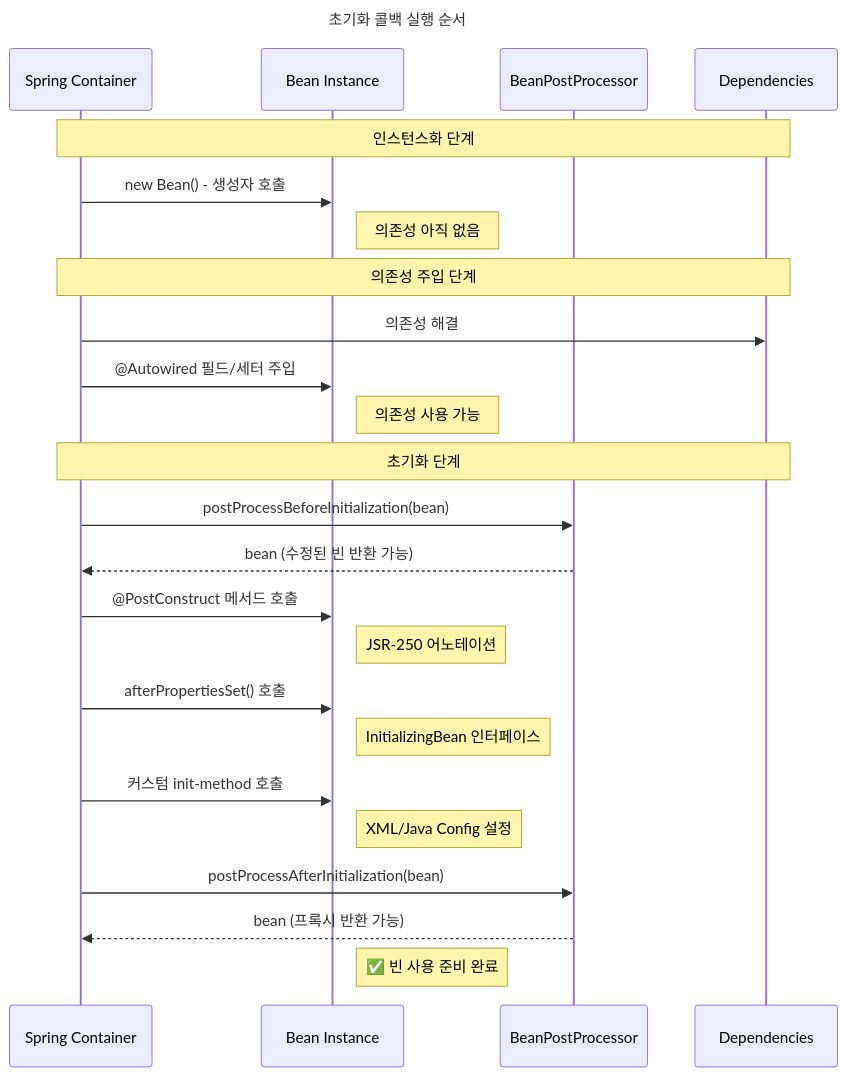
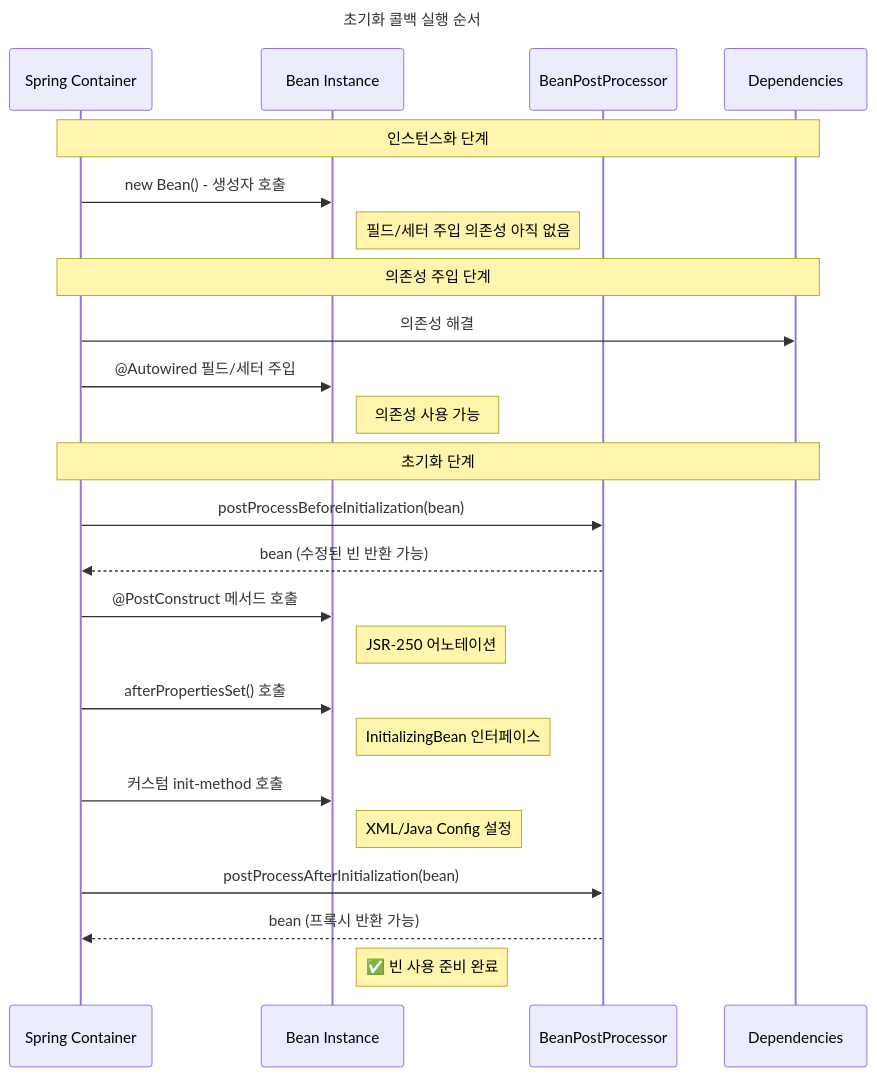
The second of 2 diagrams in _posts/spring/2025-08-10-bean-scope.md (hongmoSung/hongmoSung.github.io), drawn with Mermaid before and after one commit. The commit also changed other lines of this file and 32 other files, not shown here.

````diff
--- a/_posts/spring/2025-08-10-bean-scope.md
+++ b/_posts/spring/2025-08-10-bean-scope.md
@@ -115,37 +115,37 @@
 ```mermaid
 ---
 title: 초기화 콜백 실행 순서
 ---
 sequenceDiagram
     participant C as Spring Container
     participant B as Bean Instance
     participant P as BeanPostProcessor
     participant D as Dependencies
     
     Note over C,D: 인스턴스화 단계
     C->>B: new Bean() - 생성자 호출
-    Note right of B: 의존성 아직 없음
+    Note right of B: 필드/세터 주입 의존성 아직 없음
     
     Note over C,D: 의존성 주입 단계
     C->>D: 의존성 해결
     C->>B: @Autowired 필드/세터 주입
     Note right of B: 의존성 사용 가능
     
     Note over C,D: 초기화 단계
     C->>P: postProcessBeforeInitialization(bean)
     P-->>C: bean (수정된 빈 반환 가능)
     
     C->>B: @PostConstruct 메서드 호출
     Note right of B: JSR-250 어노테이션
     
     C->>B: afterPropertiesSet() 호출
     Note right of B: InitializingBean 인터페이스
     
     C->>B: 커스텀 init-method 호출
     Note right of B: XML/Java Config 설정
     
     C->>P: postProcessAfterInitialization(bean)
     P-->>C: bean (프록시 반환 가능)
     
     Note right of B: ✅ 빈 사용 준비 완료
 ```
````
